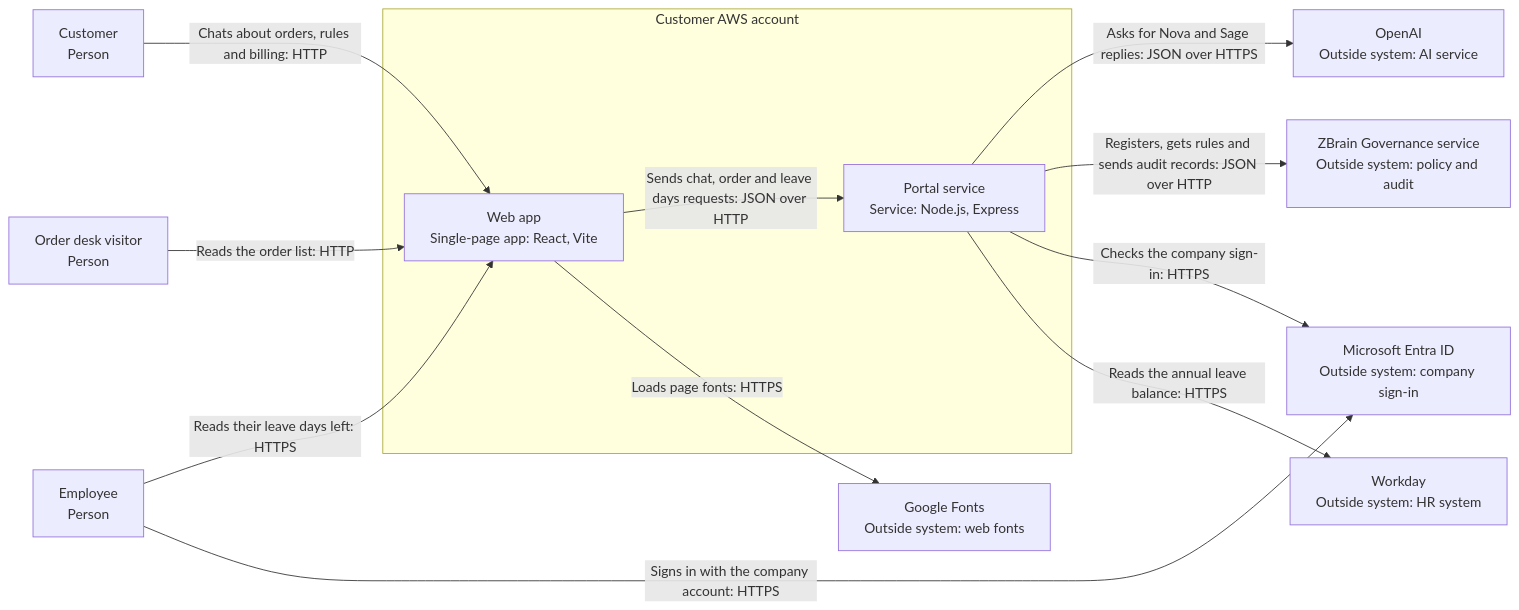
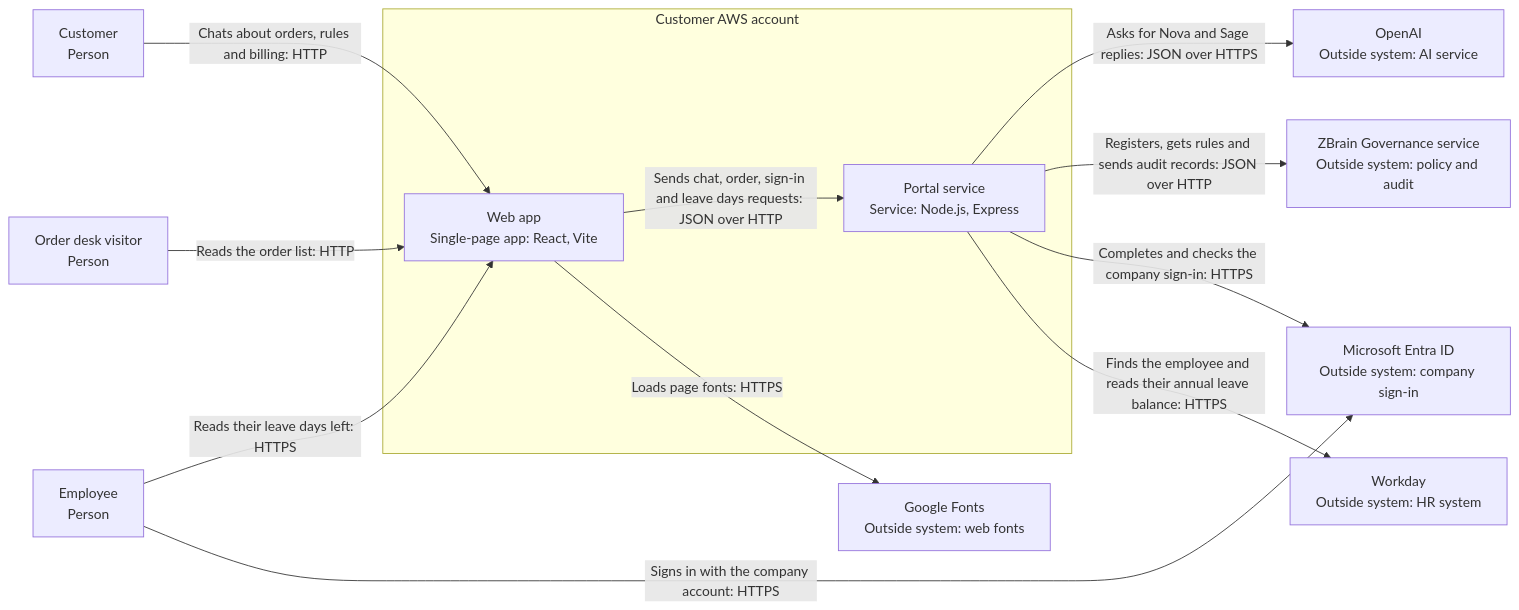
Before and after one commit to lhtshyamalshah/northstar-support-portal: the diagram in zbrain-docs/architecture/architecture-diagram.md, drawn with Mermaid. The commit also changed other lines of this file and 1 other file, not shown here.

Commit message:
docs(architecture): document Entra ID and Workday integration architecture
Session: 5702cca0-dca5-4ae6-8eb6-f13248f9b8f3
Timestamp: 2026-11-27T08:36:59.997Z

````diff
--- a/zbrain-docs/architecture/architecture-diagram.md
+++ b/zbrain-docs/architecture/architecture-diagram.md
@@ -3,25 +3,25 @@
 ```mermaid
 flowchart LR
   customer["Customer<br/>Person"]
   visitor["Order desk visitor<br/>Person"]
   employee["Employee<br/>Person"]
   subgraph aws ["Customer AWS account"]
     web["Web app<br/>Single-page app: React, Vite"]
     api["Portal service<br/>Service: Node.js, Express"]
   end
   openai["OpenAI<br/>Outside system: AI service"]
   gov["ZBrain Governance service<br/>Outside system: policy and audit"]
   entra["Microsoft Entra ID<br/>Outside system: company sign-in"]
   workday["Workday<br/>Outside system: HR system"]
   fonts["Google Fonts<br/>Outside system: web fonts"]
   customer -->|"Chats about orders, rules and billing: HTTP"| web
   visitor -->|"Reads the order list: HTTP"| web
   employee -->|"Reads their leave days left: HTTPS"| web
   employee -->|"Signs in with the company account: HTTPS"| entra
-  web -->|"Sends chat, order and leave days requests: JSON over HTTP"| api
+  web -->|"Sends chat, order, sign-in and leave days requests: JSON over HTTP"| api
   web -->|"Loads page fonts: HTTPS"| fonts
   api -->|"Asks for Nova and Sage replies: JSON over HTTPS"| openai
   api -->|"Registers, gets rules and sends audit records: JSON over HTTP"| gov
-  api -->|"Checks the company sign-in: HTTPS"| entra
-  api -->|"Reads the annual leave balance: HTTPS"| workday
+  api -->|"Completes and checks the company sign-in: HTTPS"| entra
+  api -->|"Finds the employee and reads their annual leave balance: HTTPS"| workday
 ```
````
